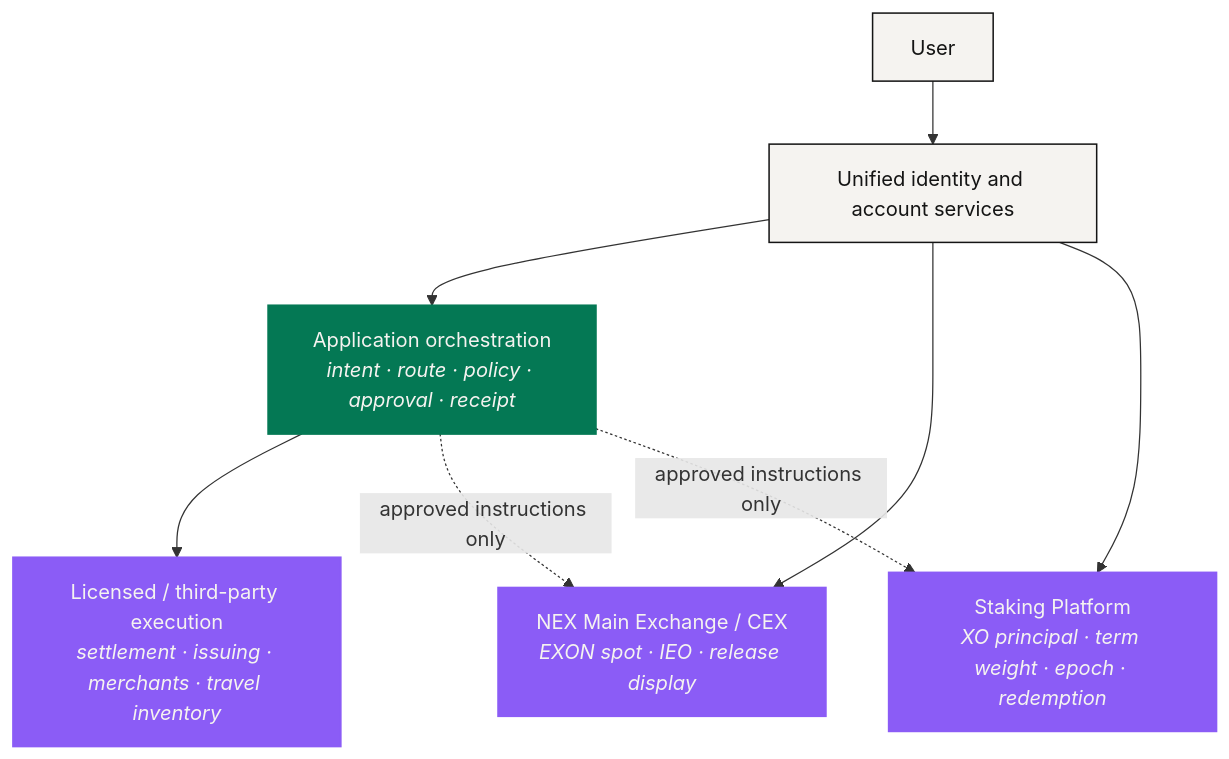
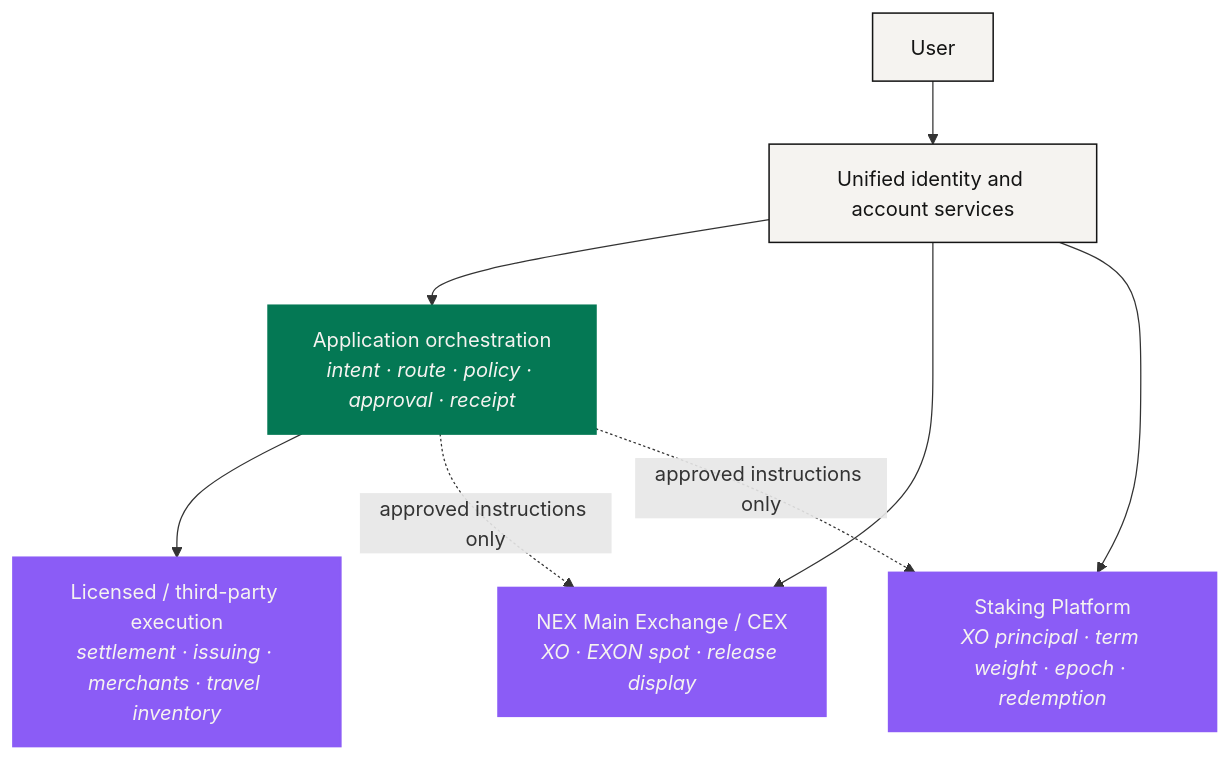
One commit to NEXONMarkets/NEXON-Whitepaper changed the diagram in docs/en/03-architecture/README.md. Above: the diagram before and after it, drawn with Mermaid. The commit also changed other lines of this file and 79 other files, not shown here.

````diff
--- a/docs/en/03-architecture/README.md
+++ b/docs/en/03-architecture/README.md
@@ -24,16 +24,16 @@
 ```mermaid
 flowchart TB
     U["User"] --> ACC["Unified identity and account services"]
     ACC --> APP["Application orchestration<br/><i>intent · route · policy · approval · receipt</i>"]
-    ACC --> CEX["NEX Main Exchange / CEX<br/><i>EXON spot · IEO · release display</i>"]
+    ACC --> CEX["NEX Main Exchange / CEX<br/><i>XO · EXON spot · release display</i>"]
     ACC --> STK["Staking Platform<br/><i>XO principal · term weight · epoch · redemption</i>"]
     APP --> EXT["Licensed / third-party execution<br/><i>settlement · issuing · merchants · travel inventory</i>"]
     APP -. "approved instructions only" .-> CEX
     APP -. "approved instructions only" .-> STK
     classDef anchor fill:#047854,stroke:#047854,stroke-width:1.5px,color:#F5F3F0
     classDef engine fill:#8B5CF6,stroke:#8B5CF6,stroke-width:1.5px,color:#F5F3F0
     classDef solid  fill:#F5F3F0,stroke:#141414,stroke-width:1.2px,color:#141414
     class U,ACC solid
     class APP anchor
     class CEX,STK,EXT engine
 ```
````
